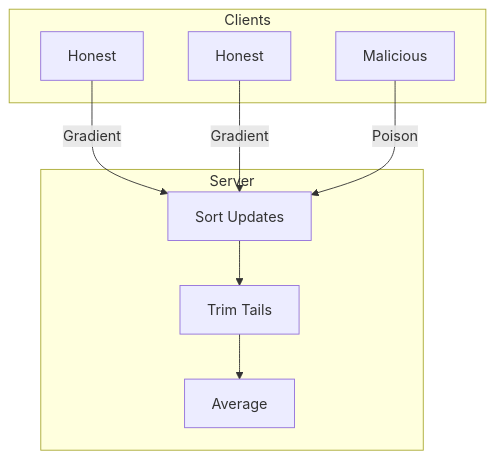
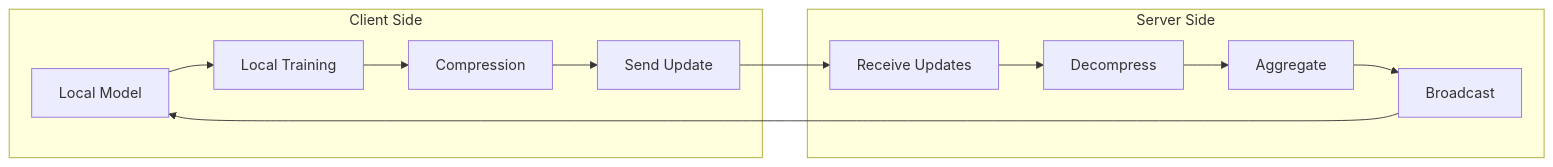
Before and after one commit to olaflaitinen/unbitrium: the diagram in docs/tutorials/tutorial_085.md, drawn with Mermaid. The commit also changed other lines of this file and 298 other files, not shown here.

````diff
--- a/docs/tutorials/tutorial_085.md
+++ b/docs/tutorials/tutorial_085.md
@@ -56,15 +89,18 @@
 ```mermaid
-graph TD
-    subgraph Clients
-    C1[Honest]
-    C2[Honest]
-    C3[Malicious]
+graph LR
+    subgraph "Client Side"
+        MODEL[Local Model]
+        TRAIN[Local Training]
+        COMPRESS[Compression]
+        SEND[Send Update]
     end
-    C1 -->|Gradient| S
-    C2 -->|Gradient| S
-    C3 -->|Poison| S
-    subgraph Server
-    S[Sort Updates] --> T[Trim Tails]
-    T --> A[Average]
+
+    subgraph "Server Side"
+        RECEIVE[Receive Updates]
+        DECOMPRESS[Decompress]
+        AGGREGATE[Aggregate]
+        BROADCAST[Broadcast]
     end
+
+    MODEL --> TRAIN --> COMPRESS --> SEND --> RECEIVE --> DECOMPRESS --> AGGREGATE --> BROADCAST --> MODEL
 ```
````
